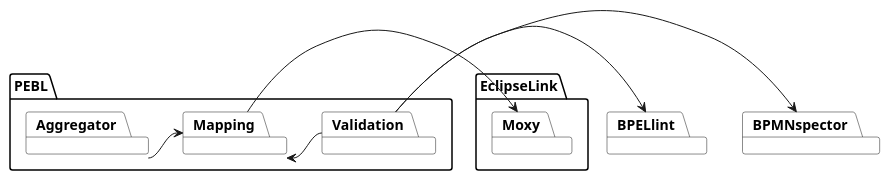
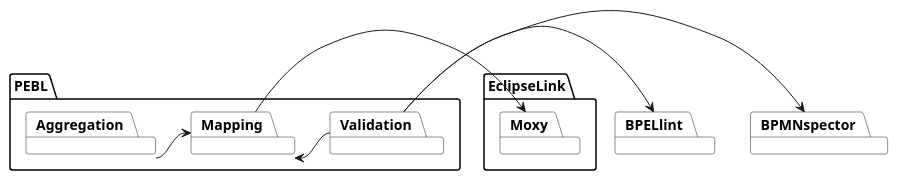
The diagram in pebl/doc/architecture.puml (uniba-dsg/betsy), drawn with PlantUML before and after one commit. The commit also changed 2 other files, not shown here.

Commit message:
better diagrams

```diff
--- a/pebl/doc/architecture.puml
+++ b/pebl/doc/architecture.puml
@@ -1,31 +1,31 @@
 @startuml
 
 package PEBL {
 	package Mapping
-	package Aggregator
+	package Aggregation
 	package Validation
 }
 
 package EclipseLink {
 	package Moxy
 }
 
 package BPELlint
 package BPMNspector
 Mapping -> Moxy
 
-Aggregator -> Mapping
+Aggregation -> Mapping
 Validation -left-> Mapping
 Validation -> BPELlint
 Validation -> BPMNspector
 hide empty members
 hide empty methods
 hide circle
 
 skinparam monochrome true
 skinparam shadowing false
 skinparam packageStyle rect
 skinparam classBackgroundColor white
 skinparam packageBackgroundColor white
 
 @enduml
```
